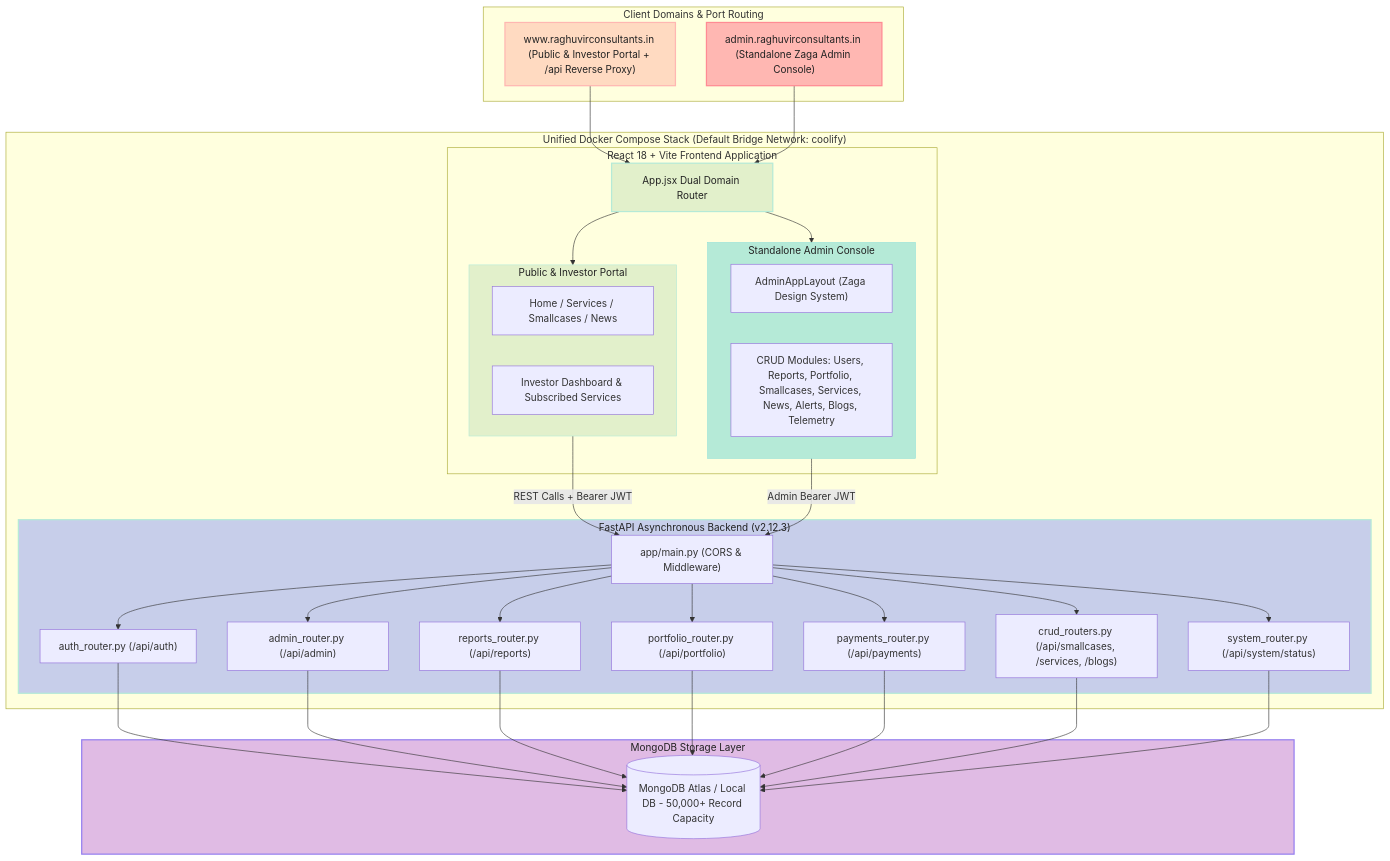
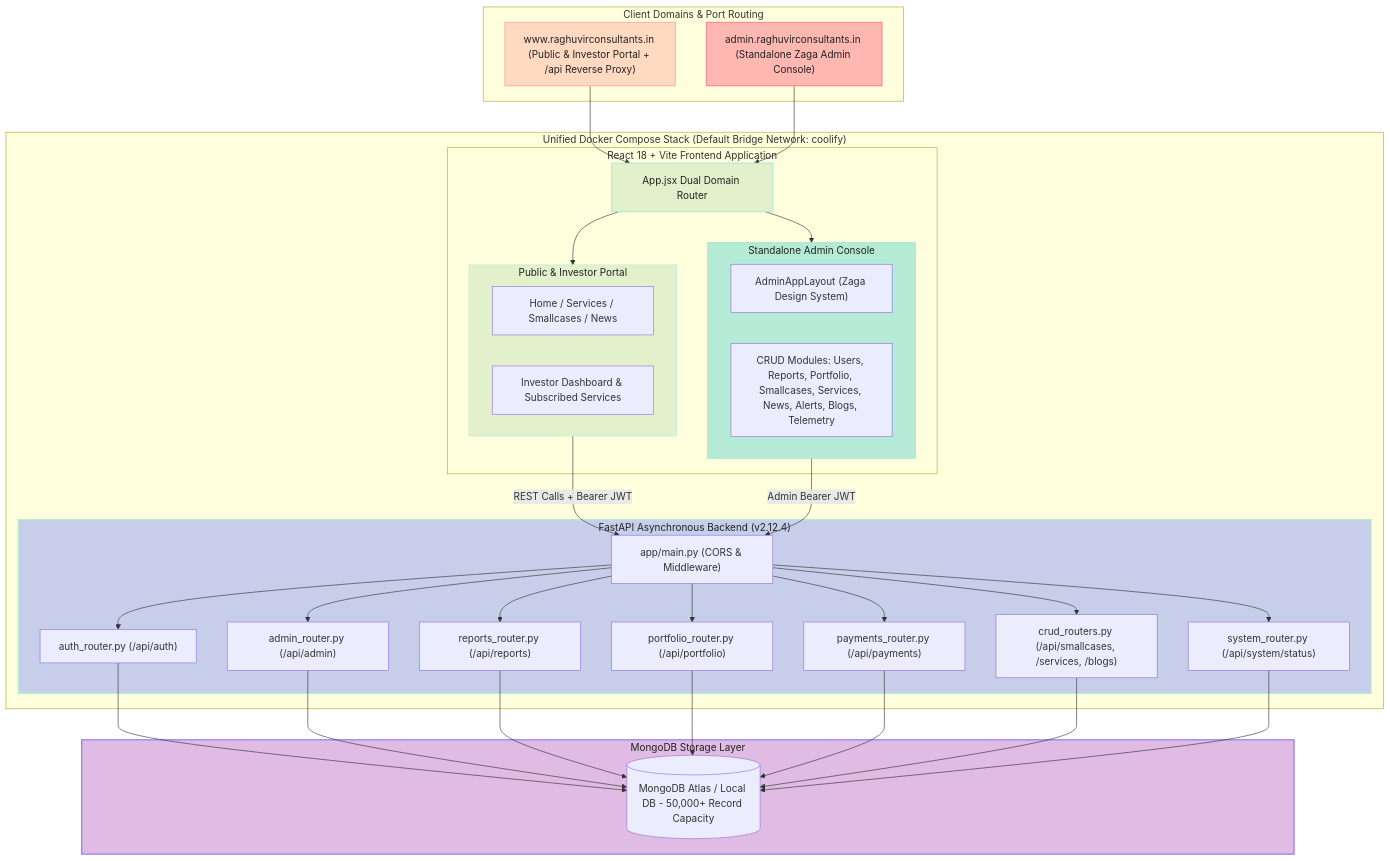
One commit to tejasrsuthar/raghuvirconsultants-site changed the first of 2 diagrams in backend/docs/ARCHITECTURE.md. Above: the diagram before and after it, drawn with Mermaid. The commit also changed other lines of this file and 9 other files, not shown here.

````diff
--- a/backend/docs/ARCHITECTURE.md
+++ b/backend/docs/ARCHITECTURE.md
@@ -14,72 +14,72 @@
 ```mermaid
 graph TD
     subgraph ClientDomains["Client Domains & Port Routing"]
         PublicDomain["www.raghuvirconsultants.in (Public & Investor Portal + /api Reverse Proxy)"]
         AdminDomain["admin.raghuvirconsultants.in (Standalone Zaga Admin Console)"]
     end
 
     subgraph ComposeStack["Unified Docker Compose Stack (Default Bridge Network: coolify)"]
         subgraph ReactFrontend["React 18 + Vite Frontend Application"]
             AppRouter["App.jsx Dual Domain Router"]
             
             subgraph PublicPortal["Public & Investor Portal"]
               PublicViews["Home / Services / Smallcases / News"]
               InvestorPortal["Investor Dashboard & Subscribed Services"]
             end
 
             subgraph ZagaAdmin["Standalone Admin Console"]
               AdminLayout["AdminAppLayout (Zaga Design System)"]
               AdminModules["CRUD Modules: Users, Reports, Portfolio, Smallcases, Services, News, Alerts, Blogs, Telemetry"]
             end
         end
 
-        subgraph FastAPIServer["FastAPI Asynchronous Backend (v2.12.3)"]
+        subgraph FastAPIServer["FastAPI Asynchronous Backend (v2.12.4)"]
             API["app/main.py (CORS & Middleware)"]
             AuthRouter["auth_router.py (/api/auth)"]
             AdminRouter["admin_router.py (/api/admin)"]
             ReportsRouter["reports_router.py (/api/reports)"]
             PortfolioRouter["portfolio_router.py (/api/portfolio)"]
             PaymentsRouter["payments_router.py (/api/payments)"]
             CRUDRouters["crud_routers.py (/api/smallcases, /services, /blogs)"]
             SystemRouter["system_router.py (/api/system/status)"]
         end
     end
 
     subgraph DataStore["MongoDB Storage Layer"]
         MongoDB[(MongoDB Atlas / Local DB - 50,000+ Record Capacity)]
     end
 
     PublicDomain --> AppRouter
     AdminDomain --> AppRouter
 
     AppRouter --> PublicPortal
     AppRouter --> ZagaAdmin
 
     PublicPortal -->|REST Calls + Bearer JWT| API
     ZagaAdmin -->|Admin Bearer JWT| API
 
     API --> AuthRouter
     API --> AdminRouter
     API --> ReportsRouter
     API --> PortfolioRouter
     API --> PaymentsRouter
     API --> CRUDRouters
     API --> SystemRouter
 
     AuthRouter --> MongoDB
     AdminRouter --> MongoDB
     ReportsRouter --> MongoDB
     PortfolioRouter --> MongoDB
     PaymentsRouter --> MongoDB
     CRUDRouters --> MongoDB
     SystemRouter --> MongoDB
 
     %% Pastel Color Palette Styling
     style PublicDomain fill:#FFDAC1,stroke:#FFB7B2,stroke-width:2px,color:#222;
     style AdminDomain fill:#FFB7B2,stroke:#FF8B94,stroke-width:2px,color:#222;
     style AppRouter fill:#E2F0CB,stroke:#B5EAD7,stroke-width:2px,color:#222;
     style PublicPortal fill:#E2F0CB,stroke:#B5EAD7,stroke-width:1px,color:#222;
     style ZagaAdmin fill:#B5EAD7,stroke:#93E1D8,stroke-width:1px,color:#222;
     style FastAPIServer fill:#C7CEEA,stroke:#B5EAD7,stroke-width:2px,color:#222;
     style DataStore fill:#E0BBE4,stroke:#957FEF,stroke-width:2px,color:#222;
 ```
````
